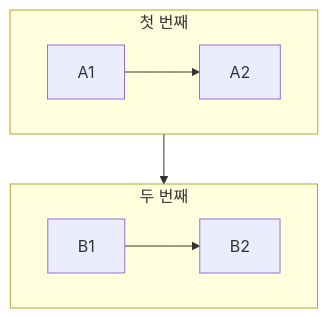
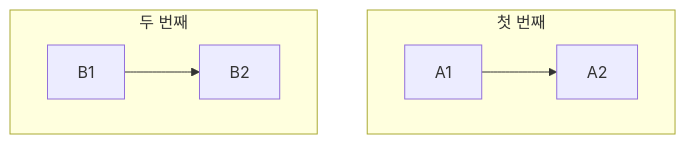
Before and after one commit to Gyeom/dev-notes: the second of 5 diagrams in .claude/writing-guide.md, drawn with Mermaid. The commit also changed other lines of this file and 12 other files, not shown here.

First line of the commit message:
Fix: Mermaid 다이어그램 레이아웃 수정 및 가이드 강화

````diff
--- a/.claude/writing-guide.md
+++ b/.claude/writing-guide.md
@@ -102,10 +102,9 @@
 ```mermaid
 flowchart TB
     subgraph A["첫 번째"]
         A1 --> A2
     end
     subgraph B["두 번째"]
         B1 --> B2
     end
-    A --> B
 ```
````
